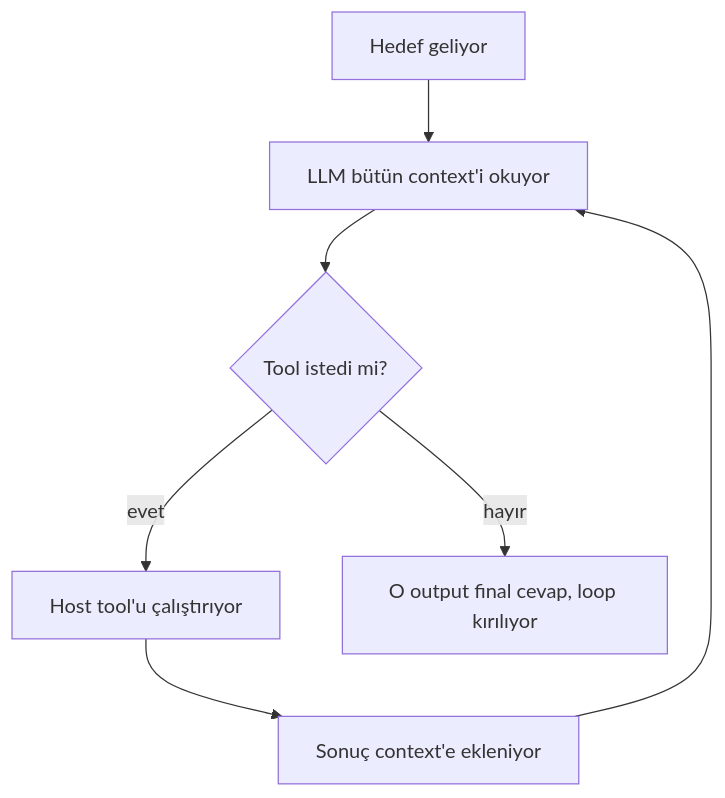
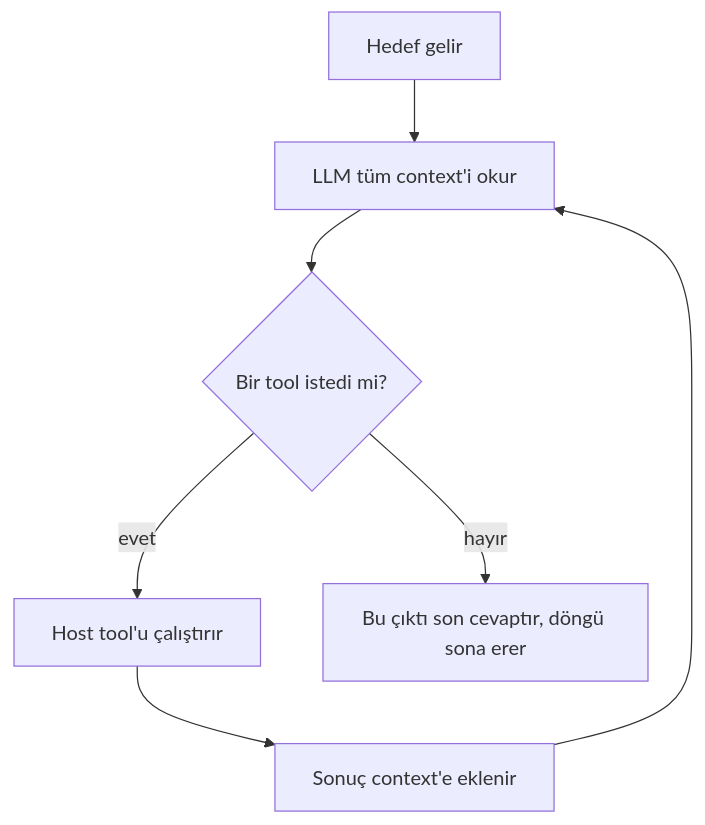
One commit to lokumai/ai-engineering-bazaar changed the first of 2 diagrams in mini-courses/1_fundamentals/agents_tr.md. Above: the diagram before and after it, drawn with Mermaid. The commit also changed other lines of this file and 63 other files, not shown here.

````diff
--- a/mini-courses/1_fundamentals/agents_tr.md
+++ b/mini-courses/1_fundamentals/agents_tr.md
@@ -40,9 +30,9 @@
 ```mermaid
 graph TD
-    A["Hedef geliyor"] --> B["LLM bütün context'i okuyor"]
-    B --> C{"Tool istedi mi?"}
-    C -->|evet| D["Host tool'u çalıştırıyor"]
-    D --> E["Sonuç context'e ekleniyor"]
+    A["Hedef gelir"] --> B["LLM tüm context'i okur"]
+    B --> C{"Bir tool istedi mi?"}
+    C -->|evet| D["Host tool'u çalıştırır"]
+    D --> E["Sonuç context'e eklenir"]
     E --> B
-    C -->|hayır| F["O output final cevap, loop kırılıyor"]
+    C -->|hayır| F["Bu çıktı son cevaptır, döngü sona erer"]
 ```
````
